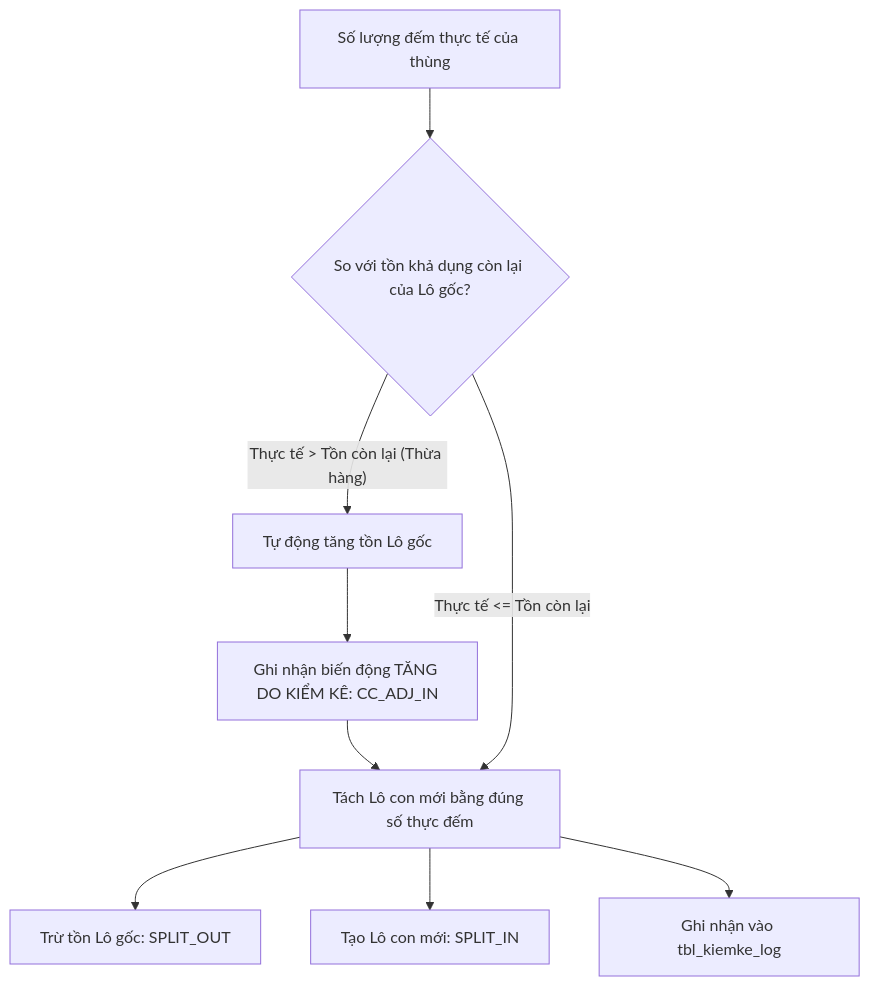
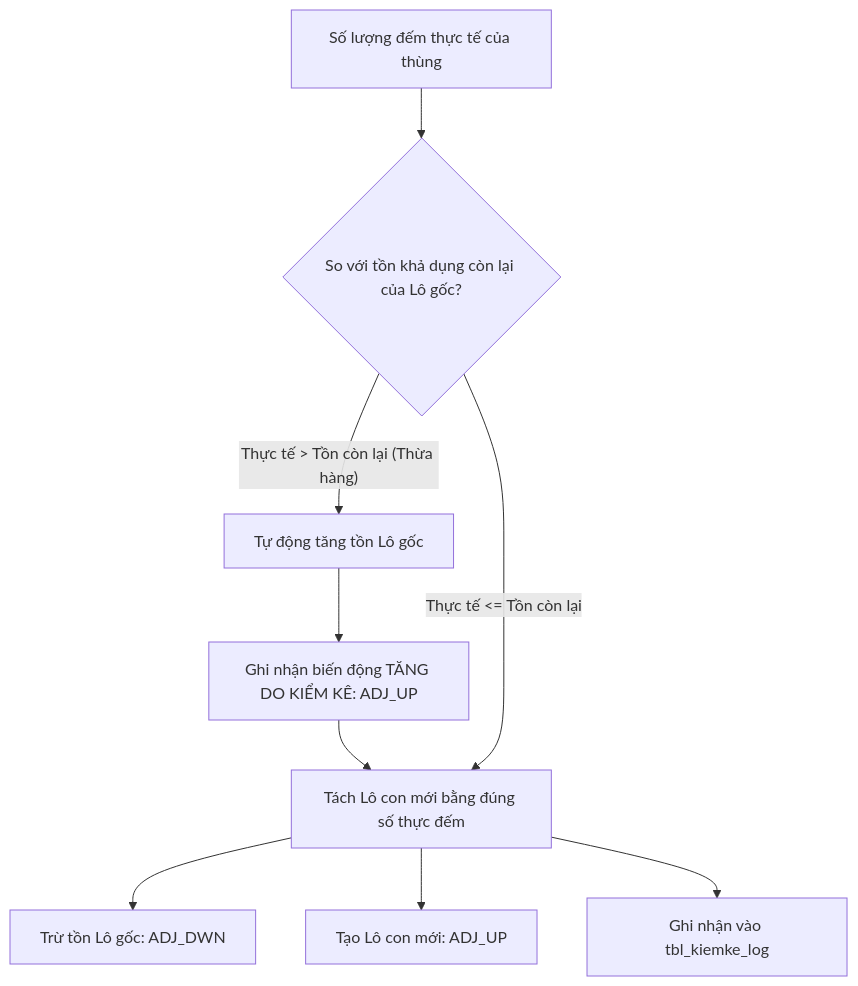
The first of 3 diagrams in docs/use-cases/UC-27_INV-08.md (Sohoa-KNSG/mms), drawn with Mermaid before and after one commit. The commit also changed other lines of this file and 14 other files, not shown here.

````diff
--- a/docs/use-cases/UC-27_INV-08.md
+++ b/docs/use-cases/UC-27_INV-08.md
@@ -80,11 +80,11 @@
 ```mermaid
 flowchart TD
     A[Số lượng đếm thực tế của thùng] --> B{So với tồn khả dụng còn lại của Lô gốc?}
     B -- Thực tế > Tồn còn lại (Thừa hàng) --> C[Tự động tăng tồn Lô gốc]
-    C --> D[Ghi nhận biến động TĂNG DO KIỂM KÊ: CC_ADJ_IN]
+    C --> D[Ghi nhận biến động TĂNG DO KIỂM KÊ: ADJ_UP]
     D --> E[Tách Lô con mới bằng đúng số thực đếm]
     B -- Thực tế <= Tồn còn lại --> E
-    E --> F[Trừ tồn Lô gốc: SPLIT_OUT]
-    E --> G[Tạo Lô con mới: SPLIT_IN]
+    E --> F[Trừ tồn Lô gốc: ADJ_DWN]
+    E --> G[Tạo Lô con mới: ADJ_UP]
     E --> H[Ghi nhận vào tbl_kiemke_log]
 ```
````
